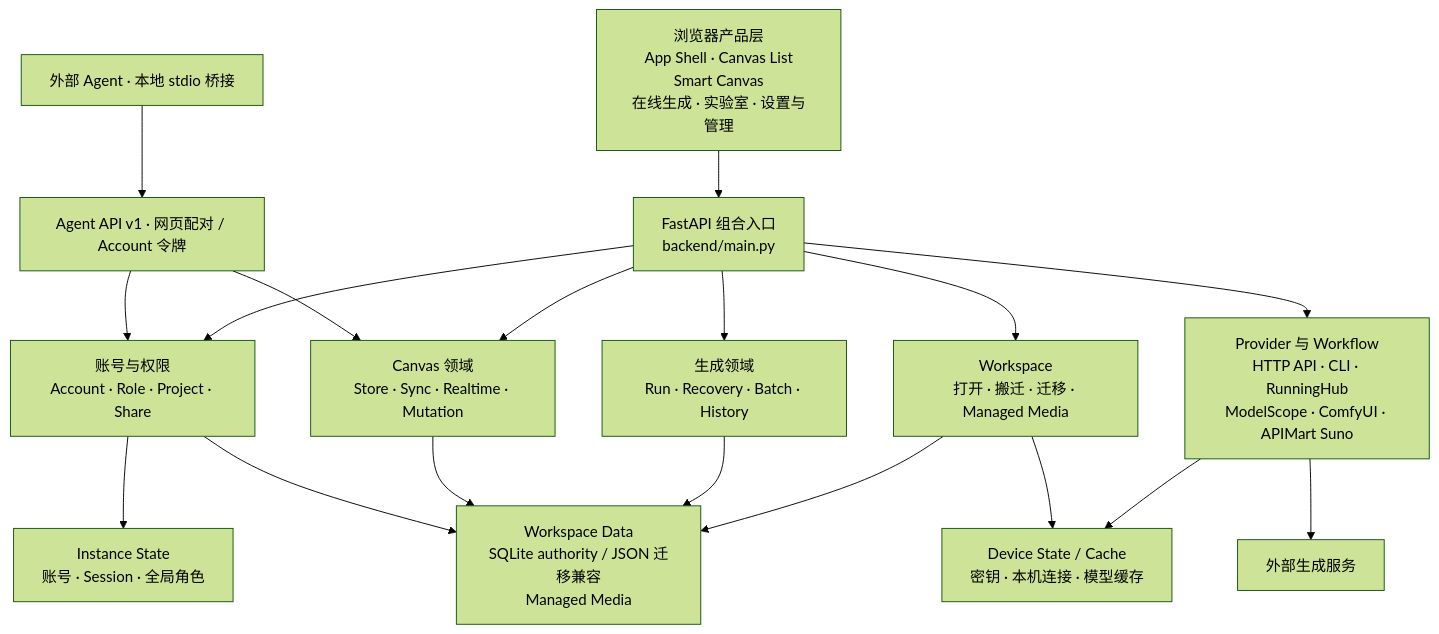
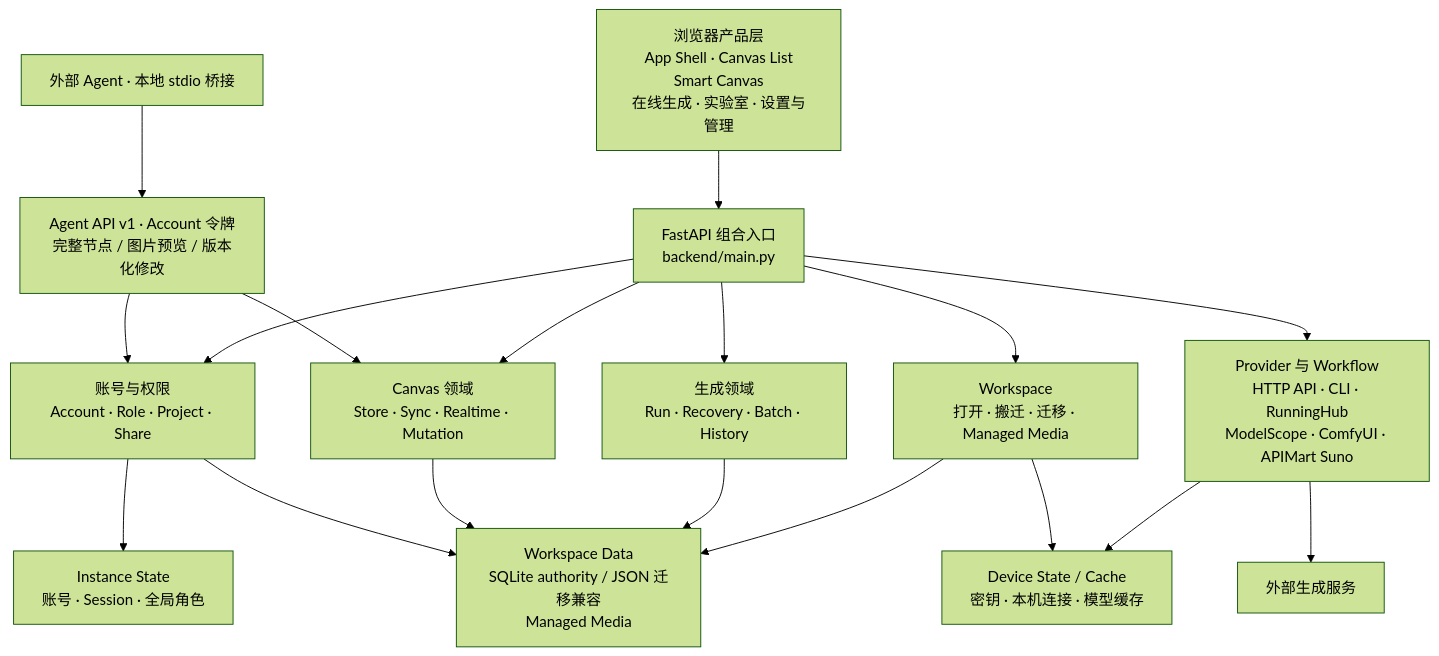
One commit to lazyq666/reroll-ai-canvas changed the first of 2 diagrams in docs/PROJECT-MAP.md. Above: the diagram before and after it, drawn with Mermaid (forest theme). The commit also changed other lines of this file and 72 other files, not shown here.

````diff
--- a/docs/PROJECT-MAP.md
+++ b/docs/PROJECT-MAP.md
@@ -48,32 +48,32 @@
 ```mermaid
 flowchart TB
     UI["浏览器产品层<br/>App Shell · Canvas List<br/>Smart Canvas<br/>在线生成 · 实验室 · 设置与管理"]
     API["FastAPI 组合入口<br/>backend/main.py"]
     AUTH["账号与权限<br/>Account · Role · Project · Share"]
     CANVAS["Canvas 领域<br/>Store · Sync · Realtime · Mutation"]
     GEN["生成领域<br/>Run · Recovery · Batch · History"]
     WORKSPACE["Workspace<br/>打开 · 搬迁 · 迁移 · Managed Media"]
     PROVIDER["Provider 与 Workflow<br/>HTTP API · CLI · RunningHub<br/>ModelScope · ComfyUI · APIMart Suno"]
     INSTANCE["Instance State<br/>账号 · Session · 全局角色"]
     CONTENT["Workspace Data<br/>SQLite authority / JSON 迁移兼容<br/>Managed Media"]
     DEVICE["Device State / Cache<br/>密钥 · 本机连接 · 模型缓存"]
     EXTERNAL["外部生成服务"]
 
-    AGENT["外部 Agent · 本地 stdio 桥接"] --> AGENTAPI["Agent API v1 · 网页配对 / Account 令牌"]
+    AGENT["外部 Agent · 本地 stdio 桥接"] --> AGENTAPI["Agent API v1 · Account 令牌<br/>完整节点 / 图片预览 / 版本化修改"]
     AGENTAPI --> AUTH
     AGENTAPI --> CANVAS
     UI --> API
     API --> AUTH
     API --> CANVAS
     API --> GEN
     API --> WORKSPACE
     API --> PROVIDER
     AUTH --> INSTANCE
     AUTH --> CONTENT
     CANVAS --> CONTENT
     GEN --> CONTENT
     WORKSPACE --> CONTENT
     WORKSPACE --> DEVICE
     PROVIDER --> DEVICE
     PROVIDER --> EXTERNAL
 ```
````
